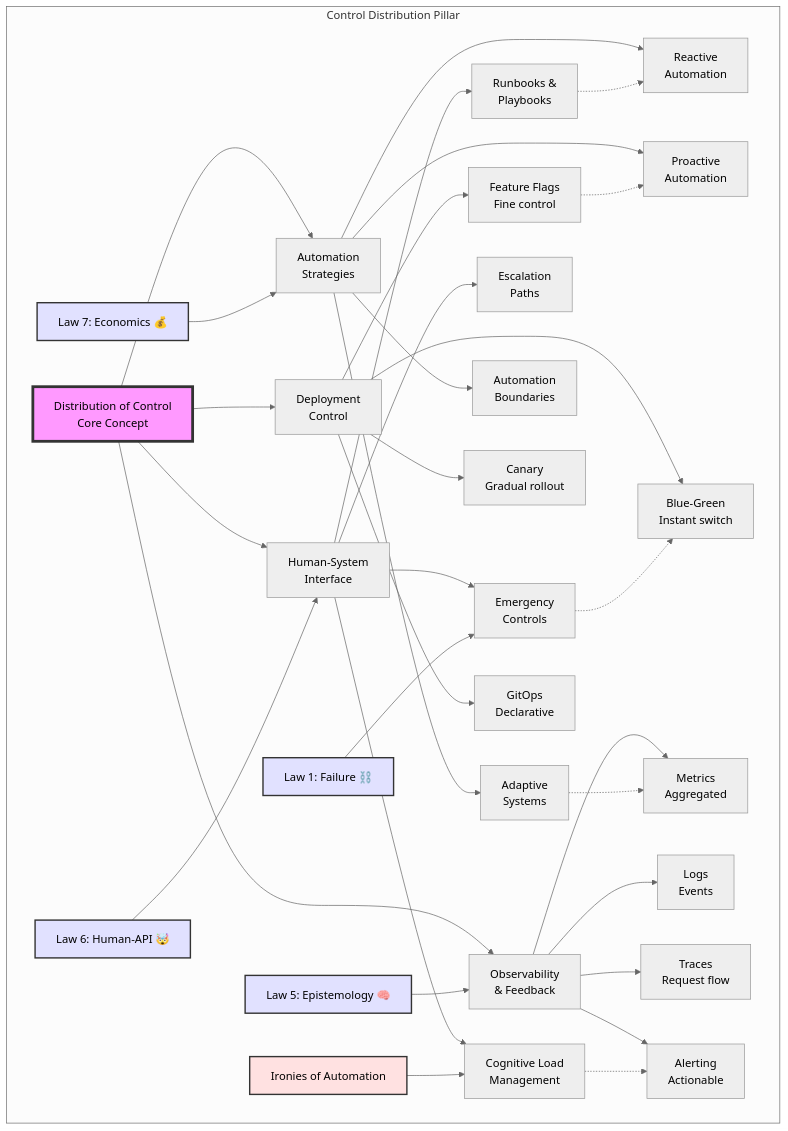
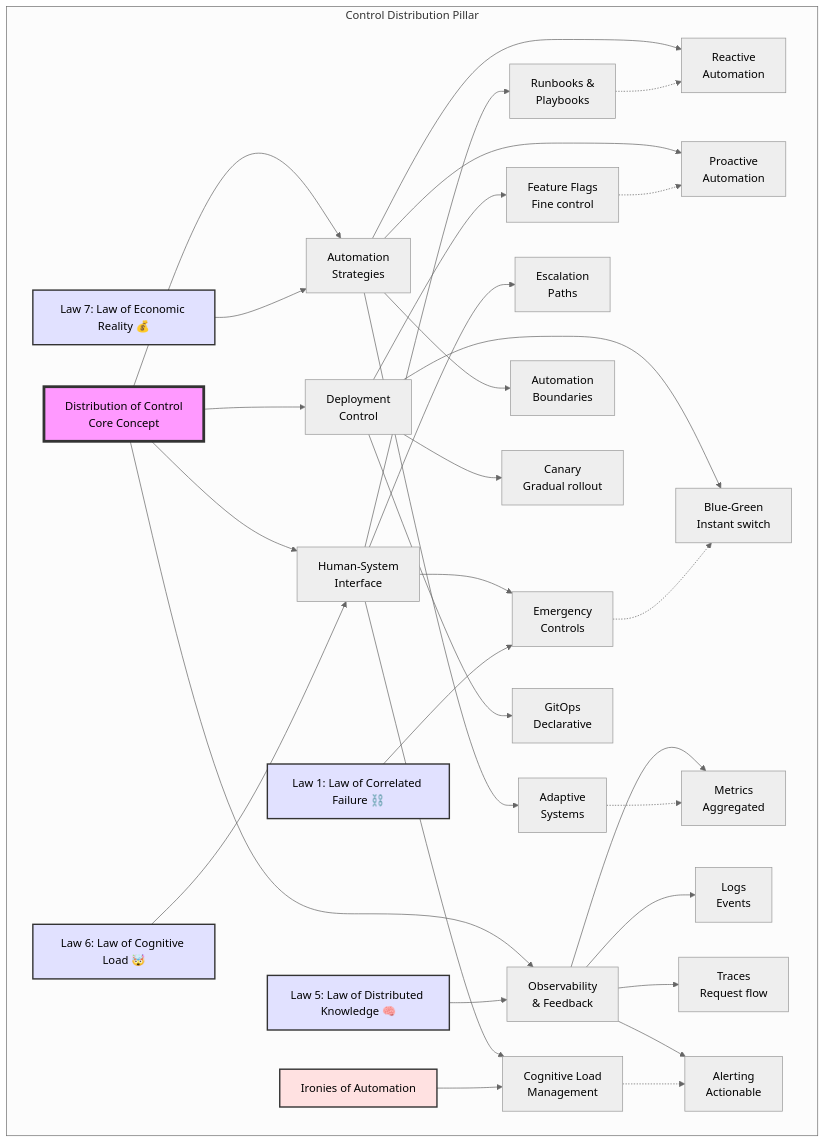
The ninth of 35 diagrams in docs/part2-pillars/control/index.md (deepaucksharma/DStudio), drawn with Mermaid (neutral theme) before and after one commit. The commit also changed other lines of this file and 176 other files, not shown here.

````diff
--- a/docs/part2-pillars/control/index.md
+++ b/docs/part2-pillars/control/index.md
@@ -332,56 +332,56 @@
 ```mermaid
 graph TB
     subgraph "Control Distribution Pillar"
         Core[Distribution of Control<br/>Core Concept]
 
         Core --> Human[Human-System<br/>Interface]
         Core --> Auto[Automation<br/>Strategies]
         Core --> Deploy[Deployment<br/>Control]
         Core --> Observe[Observability<br/>& Feedback]
 
         %% Human interface branch
         Human --> Cognitive[Cognitive Load<br/>Management]
         Human --> Emergency[Emergency<br/>Controls]
         Human --> Runbooks[Runbooks &<br/>Playbooks]
         Human --> Escalation[Escalation<br/>Paths]
 
         %% Automation branch
         Auto --> Reactive[Reactive<br/>Automation]
         Auto --> Proactive[Proactive<br/>Automation]
         Auto --> Adaptive[Adaptive<br/>Systems]
         Auto --> Limits[Automation<br/>Boundaries]
 
         %% Deployment branch
         Deploy --> BlueGreen[Blue-Green<br/>Instant switch]
         Deploy --> Canary[Canary<br/>Gradual rollout]
         Deploy --> Feature[Feature Flags<br/>Fine control]
         Deploy --> GitOps[GitOps<br/>Declarative]
 
         %% Observability branch
         Observe --> Metrics[Metrics<br/>Aggregated]
         Observe --> Logs[Logs<br/>Events]
         Observe --> Traces[Traces<br/>Request flow]
         Observe --> Alerts[Alerting<br/>Actionable]
 
         %% Key relationships
         Emergency -.-> BlueGreen
         Cognitive -.-> Alerts
         Adaptive -.-> Metrics
         Runbooks -.-> Reactive
         Feature -.-> Proactive
 
         %% Law connections
-        Law1[Law 1: Failure ⛓️] --> Emergency
-        Law5[Law 5: Epistemology 🧠] --> Observe
-        Law6[Law 6: Human-API 🤯] --> Human
-        Law7[Law 7: Economics 💰] --> Auto
+        Law1[Law 1: Law of Correlated Failure ⛓️] --> Emergency
+        Law5[Law 5: Law of Distributed Knowledge 🧠] --> Observe
+        Law6[Law 6: Law of Cognitive Load 🤯] --> Human
+        Law7[Law 7: Law of Economic Reality 💰] --> Auto
         Ironies[Ironies of Automation] --> Cognitive
     end
 
     style Core fill:#f9f,stroke:#333,stroke-width:4px
     style Law1 fill:#e1e1ff,stroke:#333,stroke-width:2px
     style Law5 fill:#e1e1ff,stroke:#333,stroke-width:2px
     style Law6 fill:#e1e1ff,stroke:#333,stroke-width:2px
     style Law7 fill:#e1e1ff,stroke:#333,stroke-width:2px
     style Ironies fill:#ffe1e1,stroke:#333,stroke-width:2px
 ```
````
